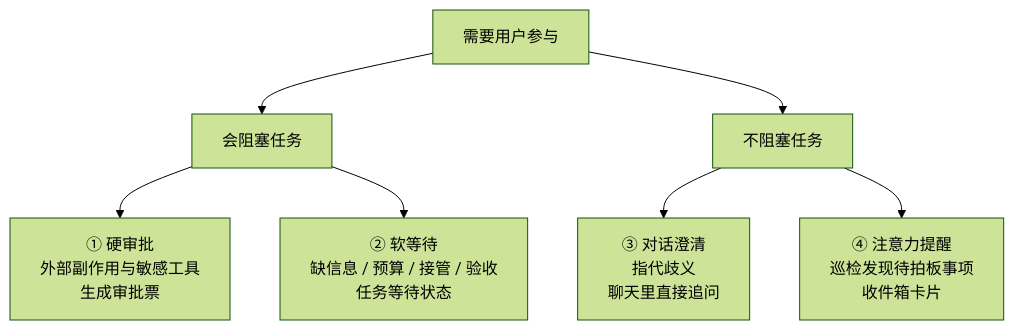
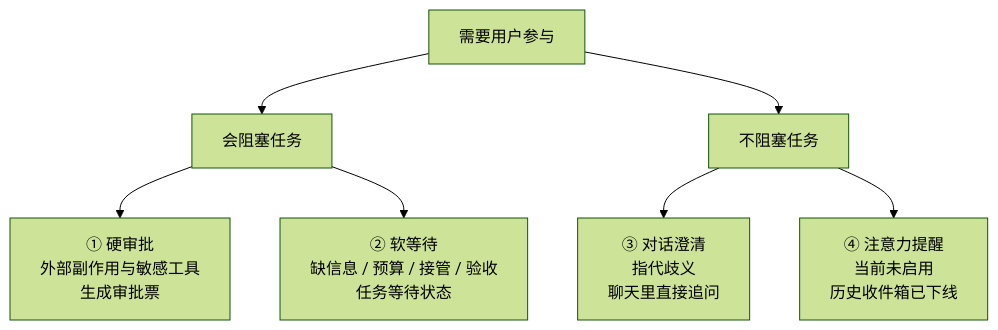
The first of 3 diagrams in docs/architecture/判定审批机制说明.md (hearthproject/hearth-os), drawn with Mermaid (forest theme) before and after one commit. The commit also changed other lines of this file and 52 other files, not shown here.

````diff
--- a/docs/architecture/判定审批机制说明.md
+++ b/docs/architecture/判定审批机制说明.md
@@ -30,9 +30,9 @@
 ```mermaid
 flowchart TB
   A[需要用户参与] --> B[会阻塞任务]
   A --> C[不阻塞任务]
   B --> B1["① 硬审批<br/>外部副作用与敏感工具<br/>生成审批票"]
   B --> B2["② 软等待<br/>缺信息 / 预算 / 接管 / 验收<br/>任务等待状态"]
   C --> C1["③ 对话澄清<br/>指代歧义<br/>聊天里直接追问"]
-  C --> C2["④ 注意力提醒<br/>巡检发现待拍板事项<br/>收件箱卡片"]
+  C --> C2["④ 注意力提醒<br/>当前未启用<br/>历史收件箱已下线"]
 ```
````
